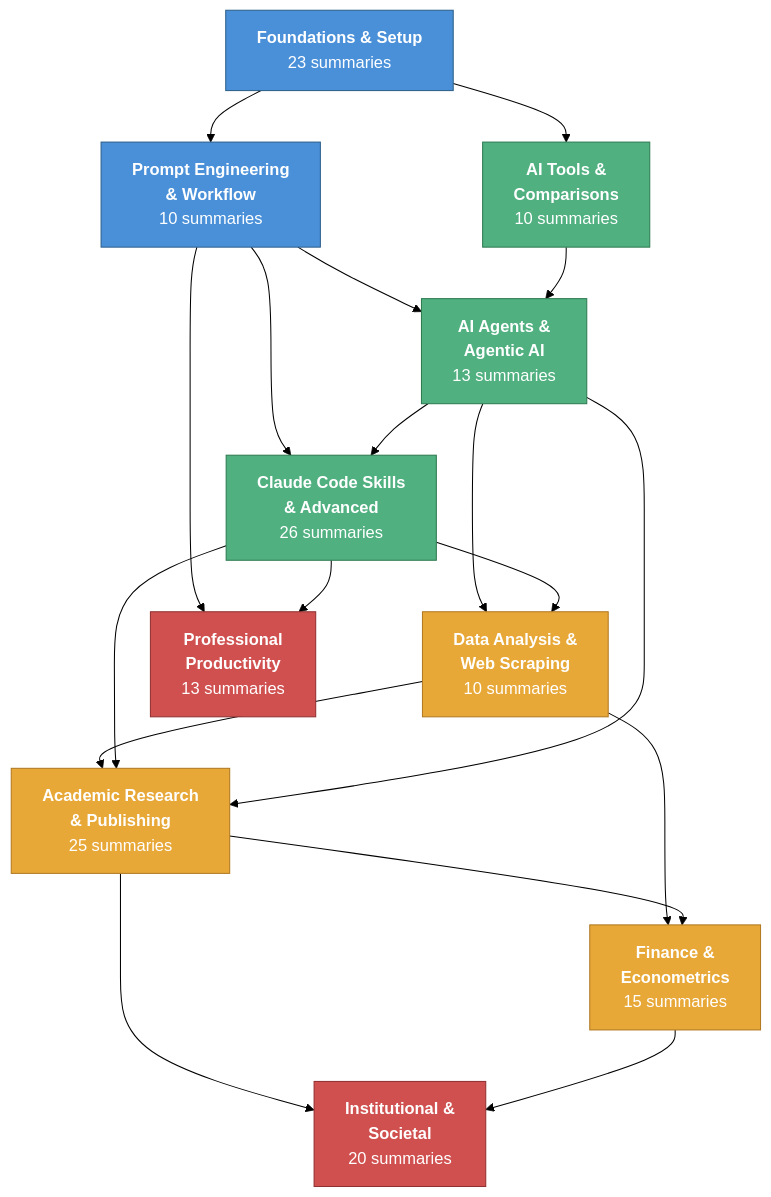
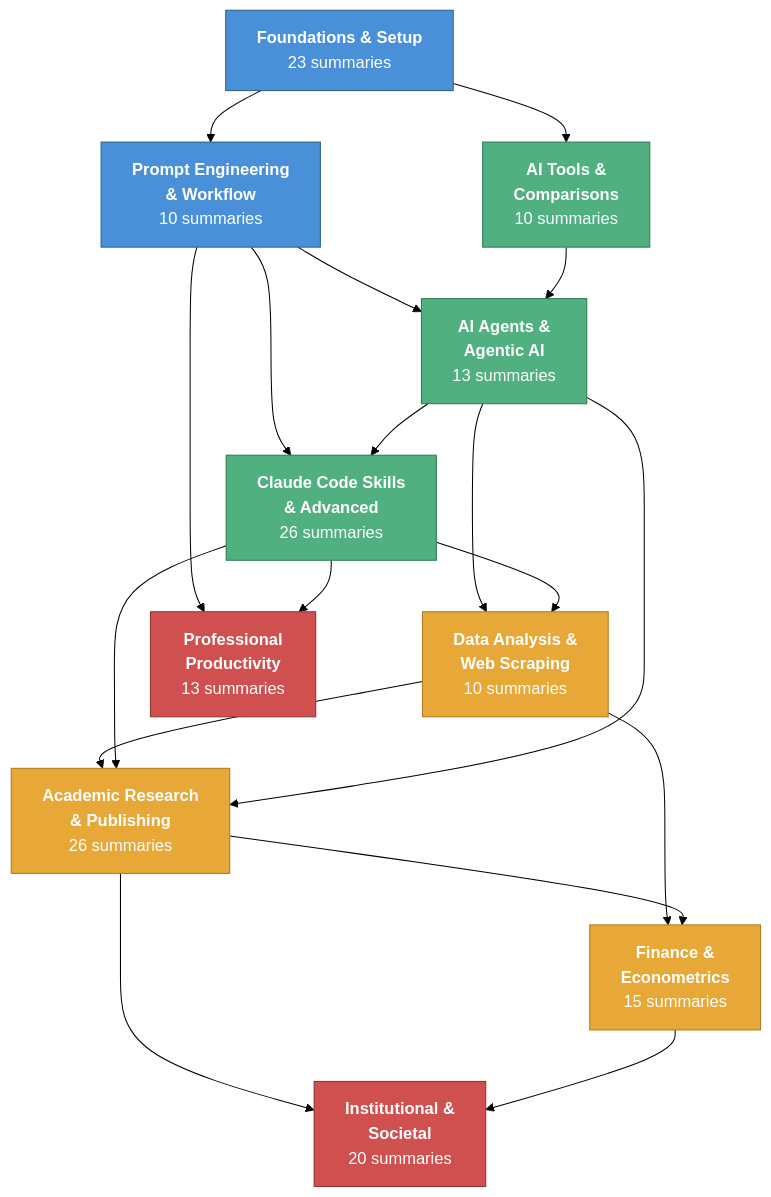
The diagram in wiki/visualizations/category-map.md (velikov-mihail/ai-econ-wiki), drawn with Mermaid (forest theme) before and after one commit. The commit also changed 2 other files, not shown here.

Commit message:
Refresh derived pages for EDHEC ingest

````diff
--- a/wiki/visualizations/category-map.md
+++ b/wiki/visualizations/category-map.md
@@ -11,49 +11,49 @@
 ```mermaid
 graph TD
     FS["<b>Foundations & Setup</b><br/>23 summaries"]
     PE["<b>Prompt Engineering<br/>& Workflow</b><br/>10 summaries"]
     AG["<b>AI Agents &<br/>Agentic AI</b><br/>13 summaries"]
     CS["<b>Claude Code Skills<br/>& Advanced</b><br/>26 summaries"]
     DA["<b>Data Analysis &<br/>Web Scraping</b><br/>10 summaries"]
-    AR["<b>Academic Research<br/>& Publishing</b><br/>25 summaries"]
+    AR["<b>Academic Research<br/>& Publishing</b><br/>26 summaries"]
     FE["<b>Finance &<br/>Econometrics</b><br/>15 summaries"]
     AT["<b>AI Tools &<br/>Comparisons</b><br/>10 summaries"]
     IS["<b>Institutional &<br/>Societal</b><br/>20 summaries"]
     PP["<b>Professional<br/>Productivity</b><br/>13 summaries"]
 
     %% Foundational layer
     FS --> PE
     FS --> AT
     PE --> AG
     PE --> CS
 
     %% Technical layer
     AG --> CS
     AG --> DA
     CS --> DA
     AT --> AG
 
     %% Applied layer
     DA --> AR
     DA --> FE
     AR --> FE
     CS --> AR
     AG --> AR
 
     %% Productivity & big picture
     PE --> PP
     CS --> PP
     AR --> IS
     FE --> IS
 
     %% Styling
     classDef foundation fill:#4a90d9,stroke:#2c5f8a,color:#fff
     classDef technical fill:#50b080,stroke:#2d7a50,color:#fff
     classDef applied fill:#e8a838,stroke:#b07820,color:#fff
     classDef bigpicture fill:#d05050,stroke:#903030,color:#fff
 
     class FS,PE foundation
     class AG,CS,AT technical
     class DA,AR,FE applied
     class IS,PP bigpicture
 ```
````
